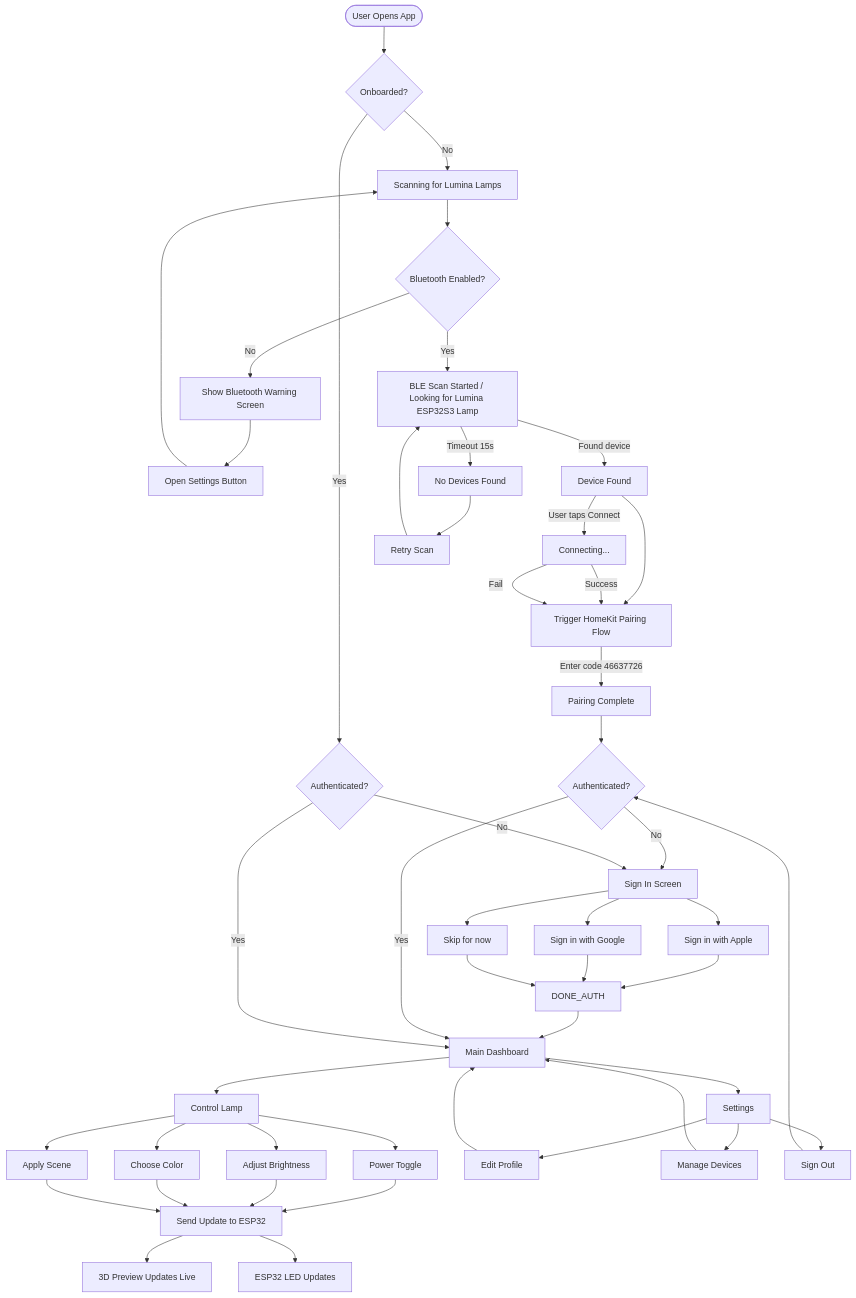
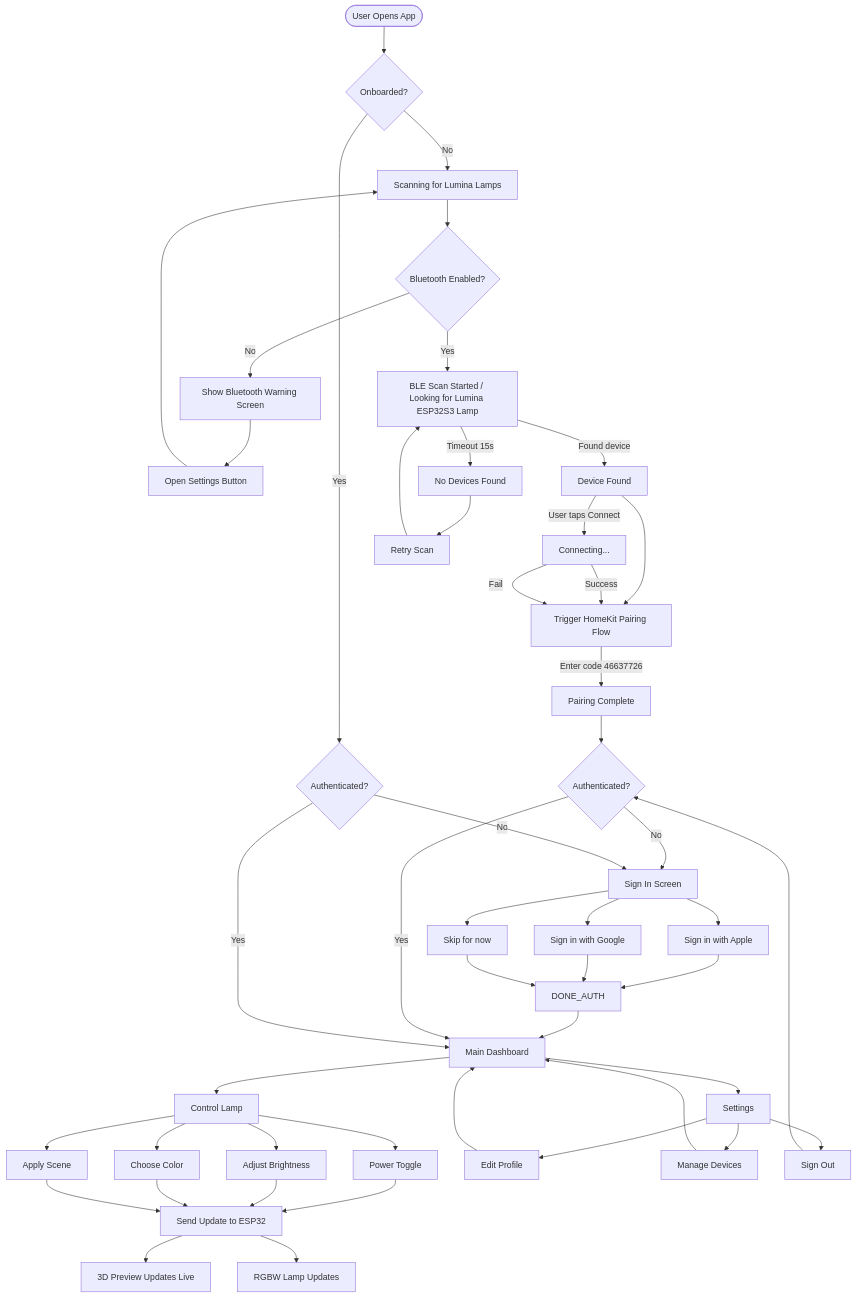
The second of 5 diagrams in README.md (IoTSolutionSmartCity/Lumina), drawn with Mermaid before and after one commit. The commit also changed other lines of this file and 2 other files, not shown here.

````diff
--- a/README.md
+++ b/README.md
@@ -125,56 +129,56 @@
 ```mermaid
 flowchart TD
     START([User Opens App]) --> ONBOARD{Onboarded?}
 
     ONBOARD -->|No| SCAN[Scanning for Lumina Lamps]
     SCAN --> BT_OFF{Bluetooth Enabled?}
     BT_OFF -->|No| BT_WARN[Show Bluetooth Warning Screen]
     BT_WARN --> BT_BTN[Open Settings Button]
     BT_BTN --> SCAN
     BT_OFF -->|Yes| SCANNING[BLE Scan Started / Looking for Lumina ESP32S3 Lamp]
     SCANNING -->|Found device| FOUND[Device Found]
     FOUND -->|User taps Connect| CONNECTING[Connecting...]
     SCANNING -->|Timeout 15s| EMPTY[No Devices Found]
     EMPTY --> RETRY1[Retry Scan]
     RETRY1 --> SCANNING
     FOUND --> PAIR[Trigger HomeKit Pairing Flow]
     CONNECTING -->|Success| PAIR
     CONNECTING -->|Fail| PAIR
     PAIR -->|Enter code 46637726| PAIR_OK[Pairing Complete]
     PAIR_OK --> AUTH{Authenticated?}
 
     AUTH -->|No| AUTH_SCREEN[Sign In Screen]
     AUTH_SCREEN --> APPLE[Sign in with Apple]
     AUTH_SCREEN --> GOOGLE[Sign in with Google]
     AUTH_SCREEN --> SKIP[Skip for now]
     APPLE --> DONE_AUTH
     GOOGLE --> DONE_AUTH
     SKIP --> DONE_AUTH
     DONE_AUTH --> DASH[Main Dashboard]
     AUTH -->|Yes| DASH
 
     ONBOARD -->|Yes| AUTH2{Authenticated?}
     AUTH2 -->|No| AUTH_SCREEN
     AUTH2 -->|Yes| DASH
 
     DASH --> CONTROL[Control Lamp]
     CONTROL --> POWER[Power Toggle]
     CONTROL --> BRIGHT[Adjust Brightness]
     CONTROL --> COLOR[Choose Color]
     CONTROL --> SCENE[Apply Scene]
     POWER --> UPDATE[Send Update to ESP32]
     BRIGHT --> UPDATE
     COLOR --> UPDATE
     SCENE --> UPDATE
     UPDATE --> LIVE[3D Preview Updates Live]
-    UPDATE --> HW[ESP32 LED Updates]
+    UPDATE --> HW[RGBW Lamp Updates]
 
     DASH --> SETTINGS[Settings]
     SETTINGS --> PROFILE[Edit Profile]
     SETTINGS --> DEVICES[Manage Devices]
     SETTINGS --> LOGOUT[Sign Out]
 
     LOGOUT --> AUTH
     PROFILE --> DASH
     DEVICES --> DASH
 ```
````
